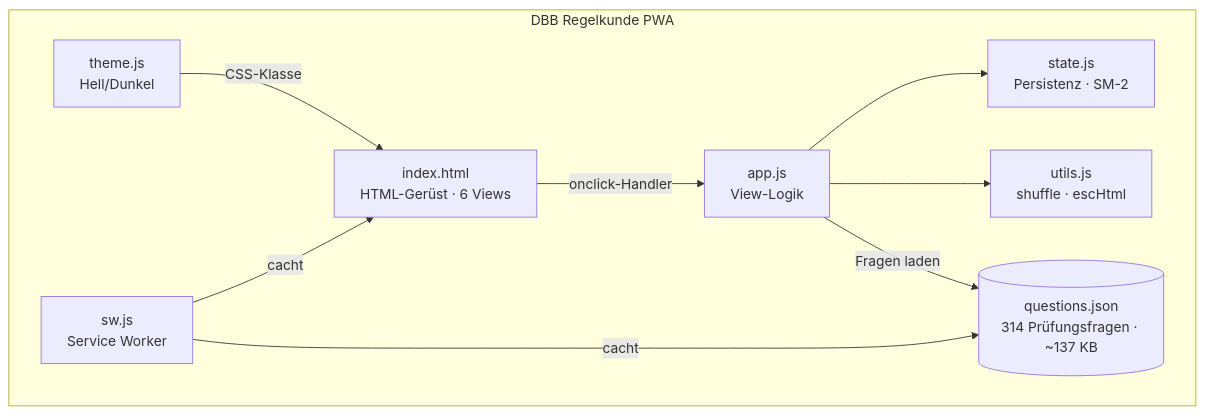
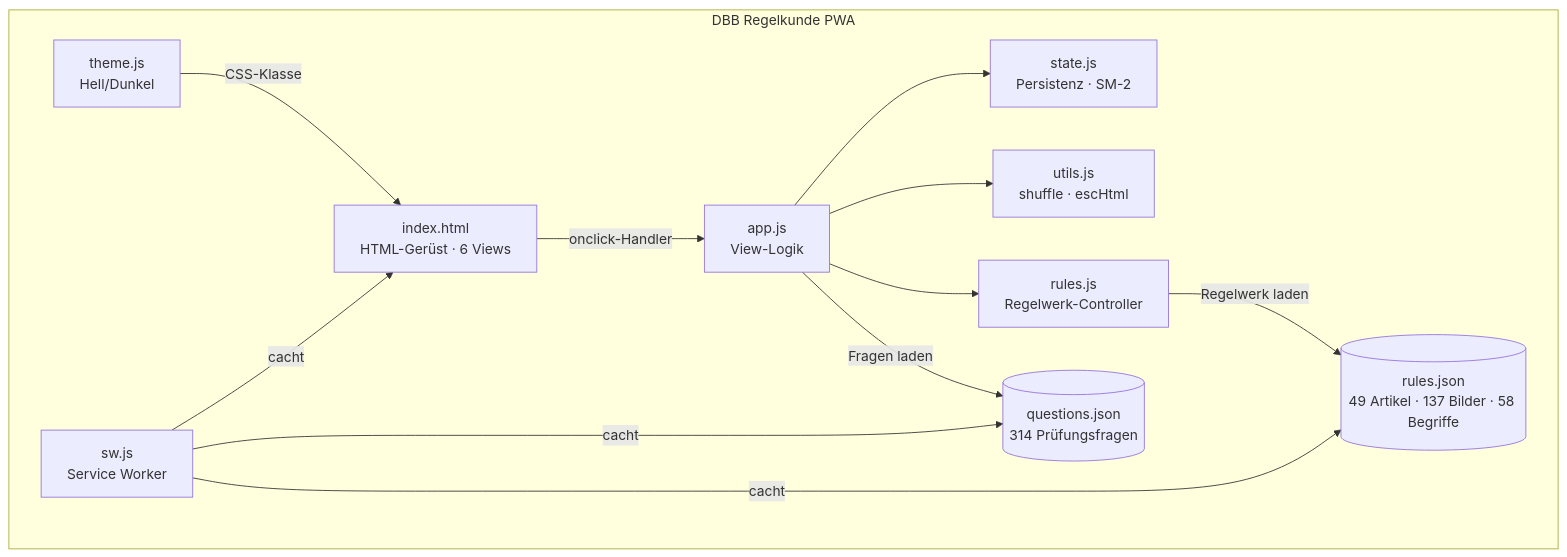
Before and after one commit to OliEder/dbb-regelkunde: the third of 9 diagrams in docs/arc42.md, drawn with Mermaid. The commit also changed other lines of this file and 3 other files, not shown here.

````diff
--- a/docs/arc42.md
+++ b/docs/arc42.md
@@ -123,20 +125,25 @@
 ```mermaid
 graph TD
     subgraph PWA["DBB Regelkunde PWA"]
         HTML["index.html\nHTML-Gerüst · 6 Views"]
         APP["app.js\nView-Logik"]
         STATE["state.js\nPersistenz · SM-2"]
         THEME["theme.js\nHell/Dunkel"]
         UTILS["utils.js\nshuffle · escHtml"]
+        RULES["rules.js\nRegelwerk-Controller"]
         SW["sw.js\nService Worker"]
-        DATA[("questions.json\n314 Prüfungsfragen · ~137 KB")]
+        DATA[("questions.json\n314 Prüfungsfragen")]
+        RULESDATA[("rules.json\n49 Artikel · 137 Bilder · 58 Begriffe")]
     end
 
     HTML -->|onclick-Handler| APP
     APP --> STATE
     APP --> UTILS
+    APP --> RULES
     APP -->|Fragen laden| DATA
+    RULES -->|Regelwerk laden| RULESDATA
     THEME -->|CSS-Klasse| HTML
     SW -->|cacht| DATA
+    SW -->|cacht| RULESDATA
     SW -->|cacht| HTML
 ```
````
